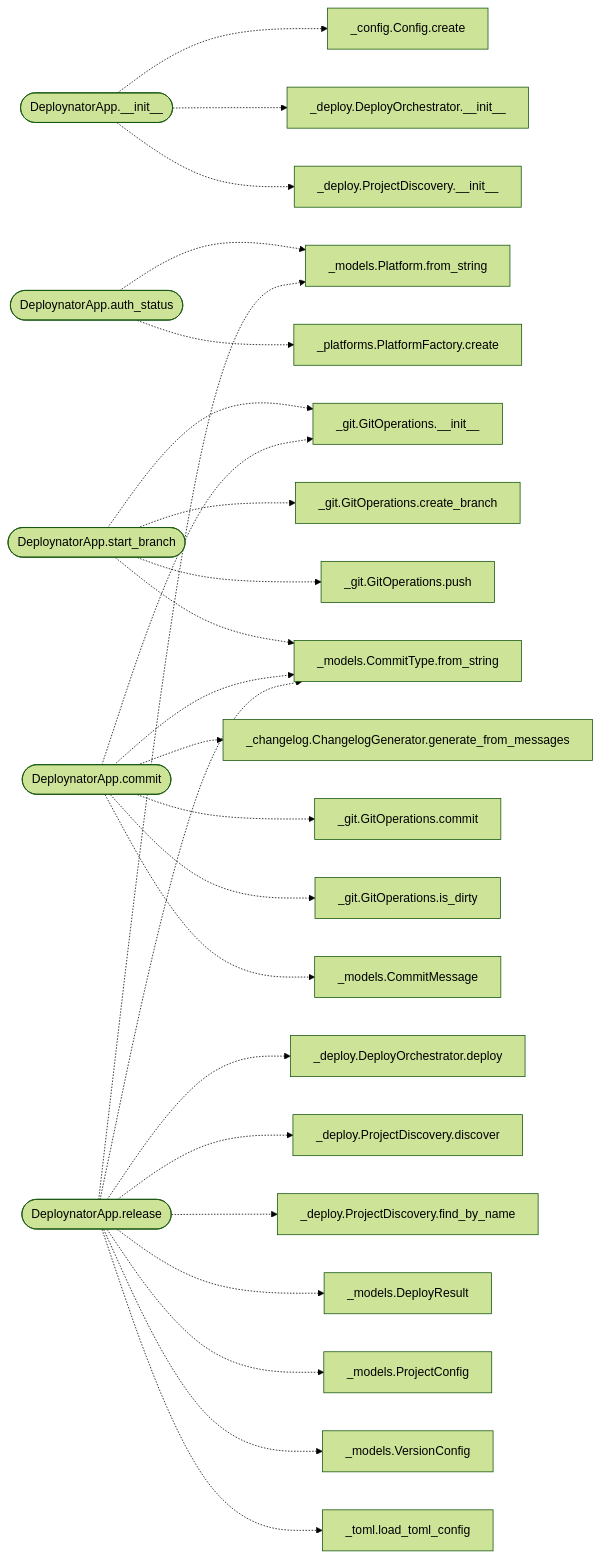
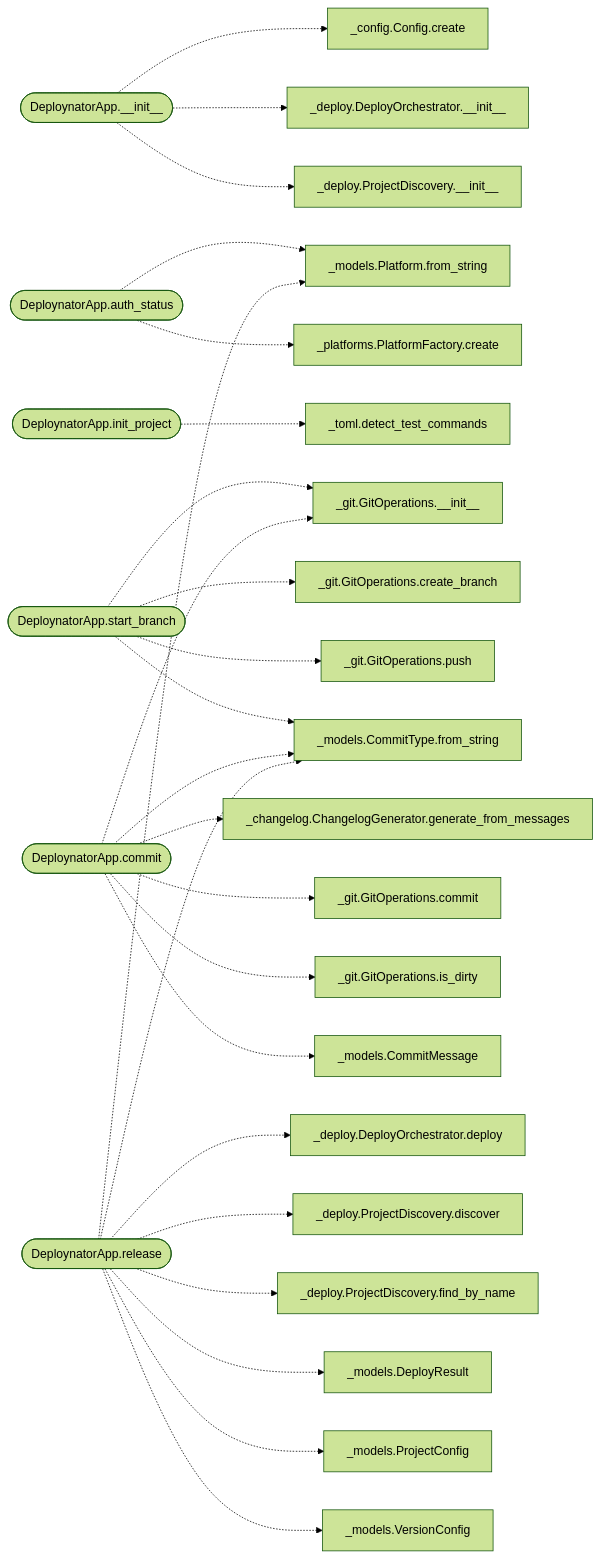
The diagram in readmenator-apidocs/modules/deploynator._app.py.md (grisuno/deploynator), drawn with Mermaid (forest theme) before and after one commit. The commit also changed other lines of this file and 82 other files, not shown here.

First line of the commit message:
test: test: automated release

````diff
--- a/readmenator-apidocs/modules/deploynator._app.py.md
+++ b/readmenator-apidocs/modules/deploynator._app.py.md
@@ -13,52 +13,53 @@
 ```mermaid
 flowchart LR
     n_deploynator__app_py__DeploynatorApp___init__(["DeploynatorApp.__init__"])
     n_deploynator__config_py__Config_create["_config.Config.create"]
     n_deploynator__deploy_py__DeployOrchestrator___init__["_deploy.DeployOrchestrator.__init__"]
     n_deploynator__deploy_py__ProjectDiscovery___init__["_deploy.ProjectDiscovery.__init__"]
     n_deploynator__app_py__DeploynatorApp_auth_status(["DeploynatorApp.auth_status"])
     n_deploynator__models_py__Platform_from_string["_models.Platform.from_string"]
     n_deploynator__platforms_py__PlatformFactory_create["_platforms.PlatformFactory.create"]
+    n_deploynator__app_py__DeploynatorApp_init_project(["DeploynatorApp.init_project"])
+    n_deploynator__toml_py__detect_test_commands["_toml.detect_test_commands"]
     n_deploynator__app_py__DeploynatorApp_start_branch(["DeploynatorApp.start_branch"])
     n_deploynator__git_py__GitOperations___init__["_git.GitOperations.__init__"]
     n_deploynator__git_py__GitOperations_create_branch["_git.GitOperations.create_branch"]
     n_deploynator__git_py__GitOperations_push["_git.GitOperations.push"]
     n_deploynator__models_py__CommitType_from_string["_models.CommitType.from_string"]
     n_deploynator__app_py__DeploynatorApp_commit(["DeploynatorApp.commit"])
     n_deploynator__changelog_py__ChangelogGenerator_generate_from_messages["_changelog.ChangelogGenerator.generate_from_messages"]
     n_deploynator__git_py__GitOperations_commit["_git.GitOperations.commit"]
     n_deploynator__git_py__GitOperations_is_dirty["_git.GitOperations.is_dirty"]
     n_deploynator__models_py__CommitMessage["_models.CommitMessage"]
     n_deploynator__app_py__DeploynatorApp_release(["DeploynatorApp.release"])
     n_deploynator__deploy_py__DeployOrchestrator_deploy["_deploy.DeployOrchestrator.deploy"]
     n_deploynator__deploy_py__ProjectDiscovery_discover["_deploy.ProjectDiscovery.discover"]
     n_deploynator__deploy_py__ProjectDiscovery_find_by_name["_deploy.ProjectDiscovery.find_by_name"]
     n_deploynator__models_py__DeployResult["_models.DeployResult"]
     n_deploynator__models_py__ProjectConfig["_models.ProjectConfig"]
     n_deploynator__models_py__VersionConfig["_models.VersionConfig"]
-    n_deploynator__toml_py__load_toml_config["_toml.load_toml_config"]
     n_deploynator__app_py__DeploynatorApp___init__ -.-> n_deploynator__config_py__Config_create
     n_deploynator__app_py__DeploynatorApp___init__ -.-> n_deploynator__deploy_py__DeployOrchestrator___init__
     n_deploynator__app_py__DeploynatorApp___init__ -.-> n_deploynator__deploy_py__ProjectDiscovery___init__
     n_deploynator__app_py__DeploynatorApp_auth_status -.-> n_deploynator__models_py__Platform_from_string
     n_deploynator__app_py__DeploynatorApp_auth_status -.-> n_deploynator__platforms_py__PlatformFactory_create
+    n_deploynator__app_py__DeploynatorApp_init_project -.-> n_deploynator__toml_py__detect_test_commands
     n_deploynator__app_py__DeploynatorApp_start_branch -.-> n_deploynator__git_py__GitOperations___init__
     n_deploynator__app_py__DeploynatorApp_start_branch -.-> n_deploynator__git_py__GitOperations_create_branch
     n_deploynator__app_py__DeploynatorApp_start_branch -.-> n_deploynator__git_py__GitOperations_push
     n_deploynator__app_py__DeploynatorApp_start_branch -.-> n_deploynator__models_py__CommitType_from_string
     n_deploynator__app_py__DeploynatorApp_commit -.-> n_deploynator__changelog_py__ChangelogGenerator_generate_from_messages
     n_deploynator__app_py__DeploynatorApp_commit -.-> n_deploynator__git_py__GitOperations___init__
     n_deploynator__app_py__DeploynatorApp_commit -.-> n_deploynator__git_py__GitOperations_commit
     n_deploynator__app_py__DeploynatorApp_commit -.-> n_deploynator__git_py__GitOperations_is_dirty
     n_deploynator__app_py__DeploynatorApp_commit -.-> n_deploynator__models_py__CommitMessage
     n_deploynator__app_py__DeploynatorApp_commit -.-> n_deploynator__models_py__CommitType_from_string
     n_deploynator__app_py__DeploynatorApp_release -.-> n_deploynator__deploy_py__DeployOrchestrator_deploy
     n_deploynator__app_py__DeploynatorApp_release -.-> n_deploynator__deploy_py__ProjectDiscovery_discover
     n_deploynator__app_py__DeploynatorApp_release -.-> n_deploynator__deploy_py__ProjectDiscovery_find_by_name
     n_deploynator__app_py__DeploynatorApp_release -.-> n_deploynator__models_py__CommitType_from_string
     n_deploynator__app_py__DeploynatorApp_release -.-> n_deploynator__models_py__DeployResult
     n_deploynator__app_py__DeploynatorApp_release -.-> n_deploynator__models_py__Platform_from_string
     n_deploynator__app_py__DeploynatorApp_release -.-> n_deploynator__models_py__ProjectConfig
     n_deploynator__app_py__DeploynatorApp_release -.-> n_deploynator__models_py__VersionConfig
-    n_deploynator__app_py__DeploynatorApp_release -.-> n_deploynator__toml_py__load_toml_config
 ```
````
